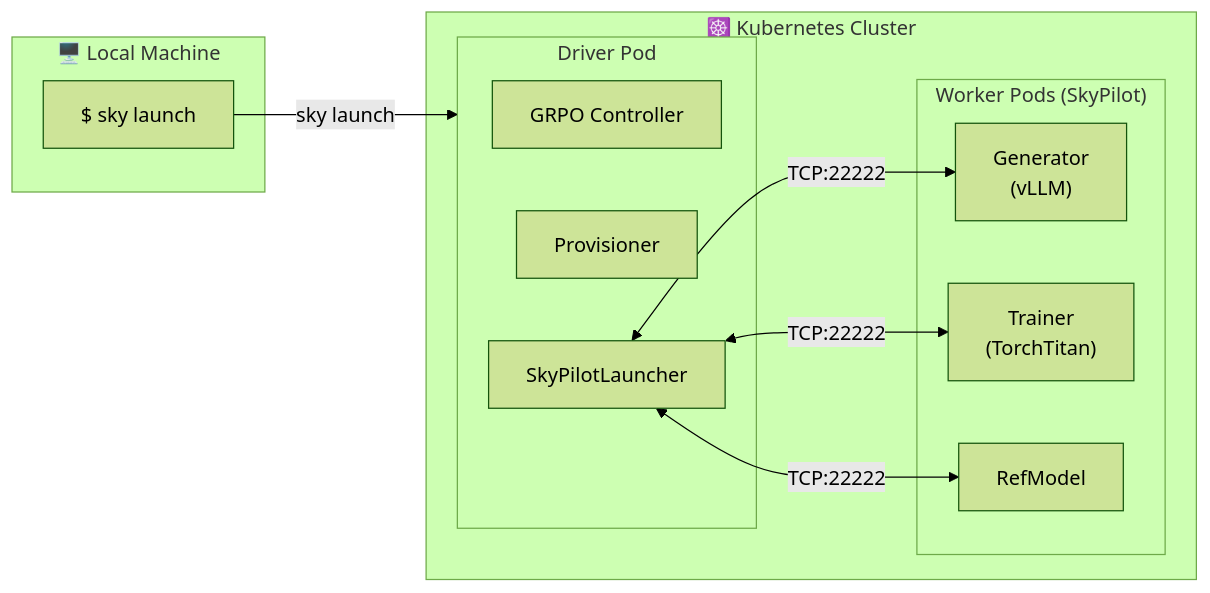
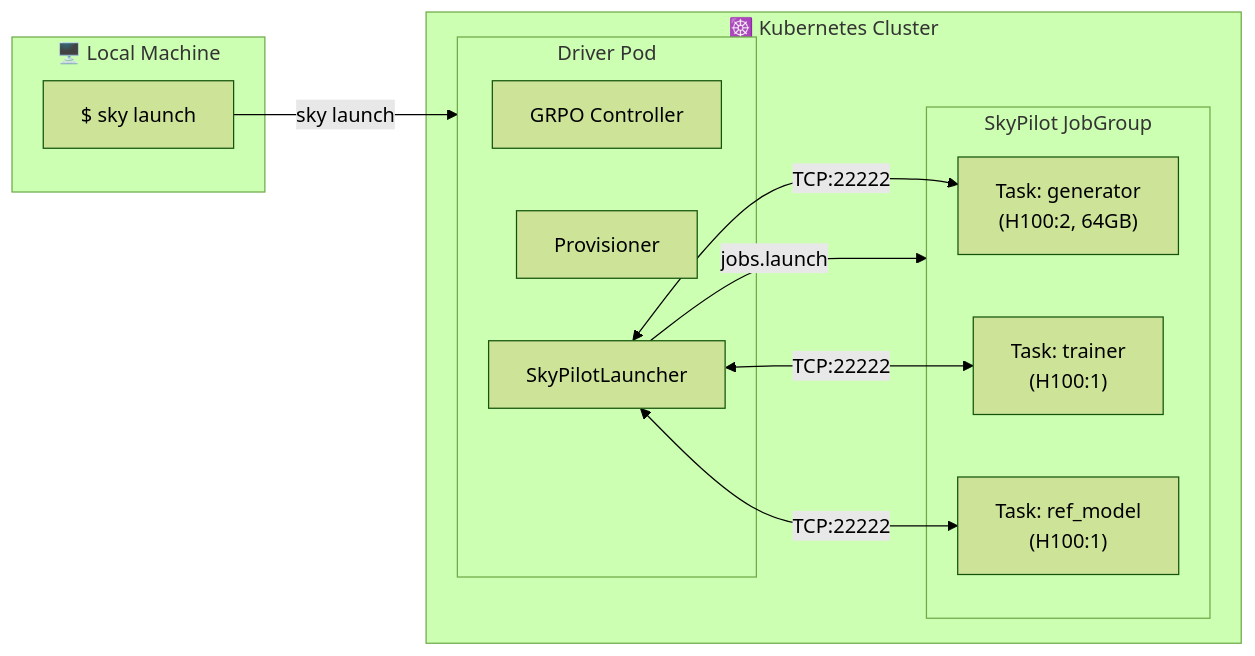
One commit to romilbhardwaj/torchforge changed the diagram in experimental/skypilot/README.md. Above: the diagram before and after it, drawn with Mermaid (forest theme). The commit also changed other lines of this file and 3 other files, not shown here.

Commit message:
JobGroup update

````diff
--- a/experimental/skypilot/README.md
+++ b/experimental/skypilot/README.md
@@ -14,25 +16,26 @@
 ```mermaid
 flowchart LR
     subgraph Local["🖥️ Local Machine"]
         Laptop["$ sky launch"]
     end
 
     subgraph K8s["☸️ Kubernetes Cluster"]
         subgraph Driver["Driver Pod"]
             Controller["GRPO Controller"]
             Provisioner["Provisioner"]
             Launcher["SkyPilotLauncher"]
         end
 
-        subgraph Workers["Worker Pods (SkyPilot)"]
-            Generator["Generator<br/>(vLLM)"]
-            Trainer["Trainer<br/>(TorchTitan)"]
-            RefModel["RefModel"]
+        subgraph JobGroup["SkyPilot JobGroup"]
+            Generator["Task: generator<br/>(H100:2, 64GB)"]
+            Trainer["Task: trainer<br/>(H100:1)"]
+            RefModel["Task: ref_model<br/>(H100:1)"]
         end
     end
 
     Laptop -->|"sky launch"| Driver
+    Launcher -->|"jobs.launch"| JobGroup
     Launcher <-->|"TCP:22222"| Generator
     Launcher <-->|"TCP:22222"| Trainer
     Launcher <-->|"TCP:22222"| RefModel
 ```
````
